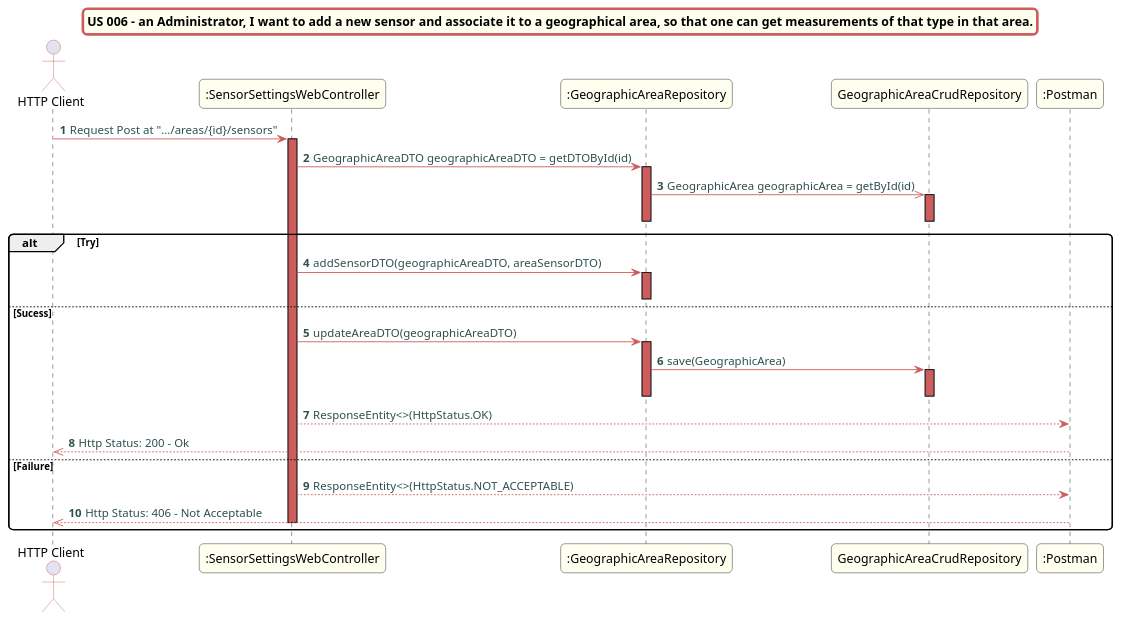
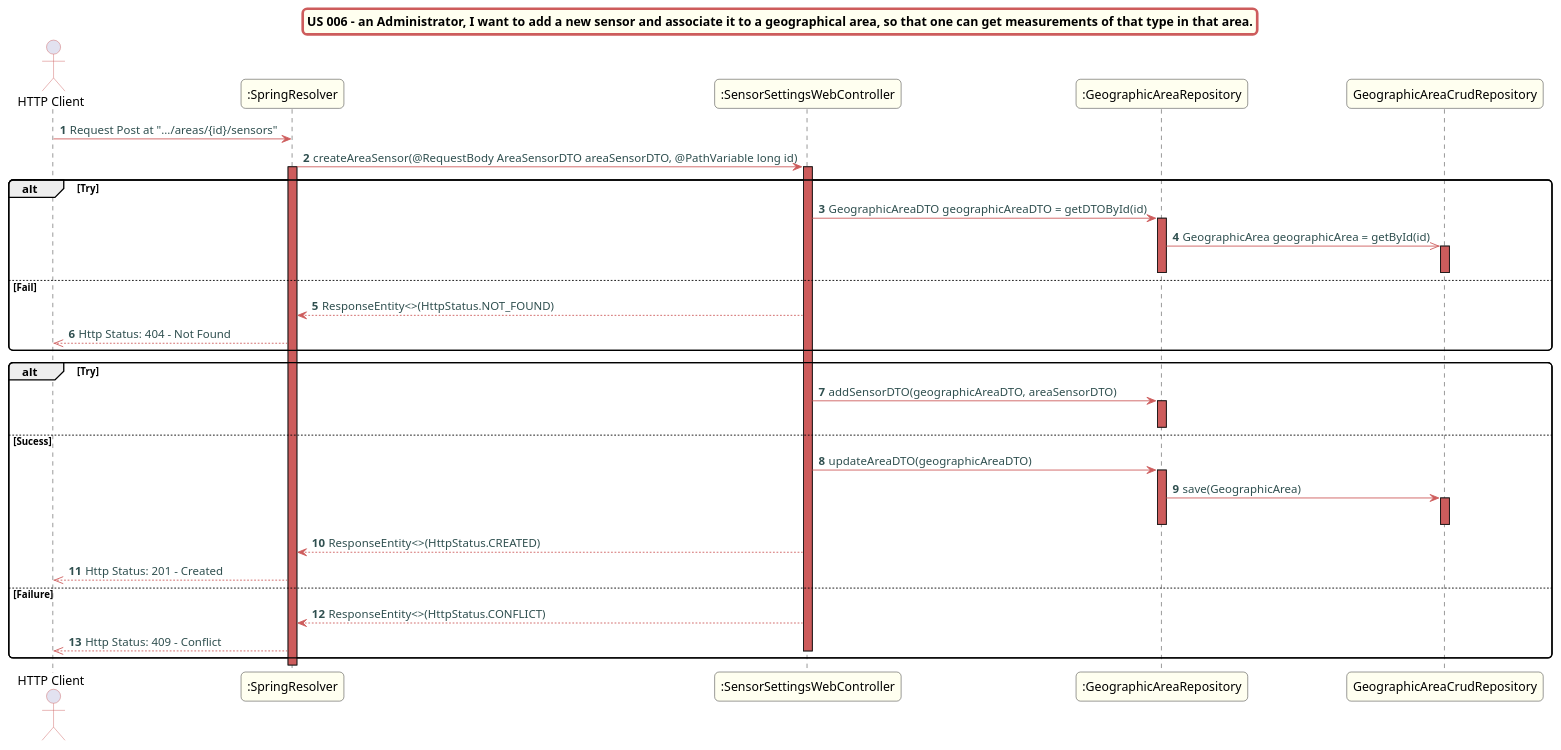
One commit to Almadanmp/project changed the diagram in src/doc/WEB_Controllers/SensorSettings/US006/US006v2_sd_SensorSettingsWebController.puml. Above: the diagram before and after it, drawn with PlantUML.

Commit message:
REF #356 updates sequence diagram

```diff
--- a/src/doc/WEB_Controllers/SensorSettings/US006/US006v2_sd_SensorSettingsWebController.puml
+++ b/src/doc/WEB_Controllers/SensorSettings/US006/US006v2_sd_SensorSettingsWebController.puml
@@ -1,54 +1,61 @@
 @startuml
 skinparam titleBorderRoundCorner 10
 skinparam titleBorderThickness 3
 skinparam titleBorderColor indianred
 skinparam titleBackgroundColor ivory
 skinparam FontName quicksand
 
 skinparam actor {
  	BorderColor indianred
  	}
 
  skinparam sequence {
  	LifeLineBackgroundColor indianred
  	ParticipantBackgroundColor ivory
  }
 
  skinparam roundcorner 10
 
  skinparam component {
    arrowThickness 1
    ArrowFontName Verdana
    ArrowColor indianred
    ArrowFontColor darkslategrey
  }
 title US 006 - an Administrator, I want to add a new sensor and associate it to a geographical area, so that one can get measurements of that type in that area.
 autonumber
 actor "HTTP Client"
-"HTTP Client"  -> ":SensorSettingsWebController":  Request Post at ".../areas/{id}/sensors"
+"HTTP Client"  -> ":SpringResolver":  Request Post at ".../areas/{id}/sensors"
+":SpringResolver" -> ":SensorSettingsWebController": createAreaSensor(@RequestBody AreaSensorDTO areaSensorDTO, @PathVariable long id)
+activate ":SpringResolver"
 activate ":SensorSettingsWebController"
+alt Try
 ":SensorSettingsWebController" -> ":GeographicAreaRepository": GeographicAreaDTO geographicAreaDTO = getDTOById(id)
 activate ":GeographicAreaRepository"
 ":GeographicAreaRepository" ->> "GeographicAreaCrudRepository": GeographicArea geographicArea = getById(id)
 activate "GeographicAreaCrudRepository"
 deactivate "GeographicAreaCrudRepository"
 deactivate ":GeographicAreaRepository"
+else Fail
+":SensorSettingsWebController" --> ":SpringResolver": ResponseEntity<>(HttpStatus.NOT_FOUND)
+":SpringResolver" -->> "HTTP Client": Http Status: 404 - Not Found
+end
 alt Try
 ":SensorSettingsWebController" -> ":GeographicAreaRepository": addSensorDTO(geographicAreaDTO, areaSensorDTO)
 activate ":GeographicAreaRepository"
 deactivate ":GeographicAreaRepository"
 else Sucess
 ":SensorSettingsWebController" -> ":GeographicAreaRepository": updateAreaDTO(geographicAreaDTO)
 activate ":GeographicAreaRepository"
 ":GeographicAreaRepository" -> "GeographicAreaCrudRepository": save(GeographicArea)
 activate "GeographicAreaCrudRepository"
 deactivate "GeographicAreaCrudRepository"
 deactivate ":GeographicAreaRepository"
-":SensorSettingsWebController" --> ":Postman": ResponseEntity<>(HttpStatus.OK)
-":Postman" -->> "HTTP Client": Http Status: 200 - Ok
+":SensorSettingsWebController" --> ":SpringResolver": ResponseEntity<>(HttpStatus.CREATED)
+":SpringResolver" -->> "HTTP Client": Http Status: 201 - Created
 else  Failure
-":SensorSettingsWebController" --> ":Postman": ResponseEntity<>(HttpStatus.NOT_ACCEPTABLE)
-":Postman" -->> "HTTP Client": Http Status: 406 - Not Acceptable
+":SensorSettingsWebController" --> ":SpringResolver": ResponseEntity<>(HttpStatus.CONFLICT)
+":SpringResolver" -->> "HTTP Client": Http Status: 409 - Conflict
 deactivate ":SensorSettingsWebController"
 end
 @enduml
```
